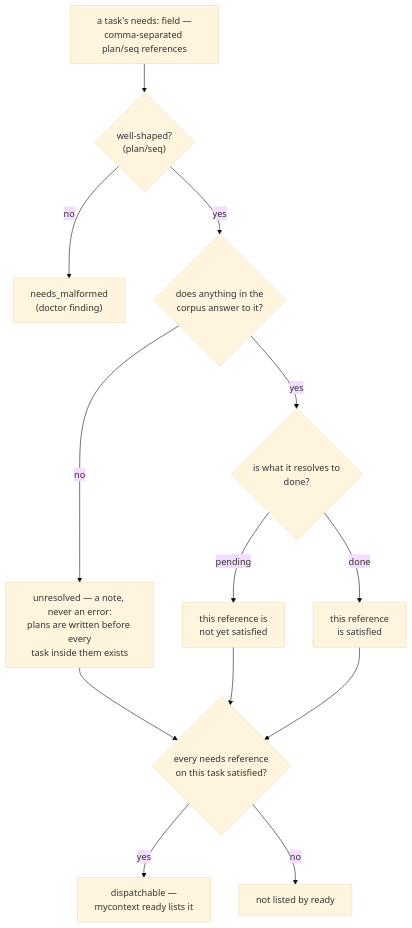
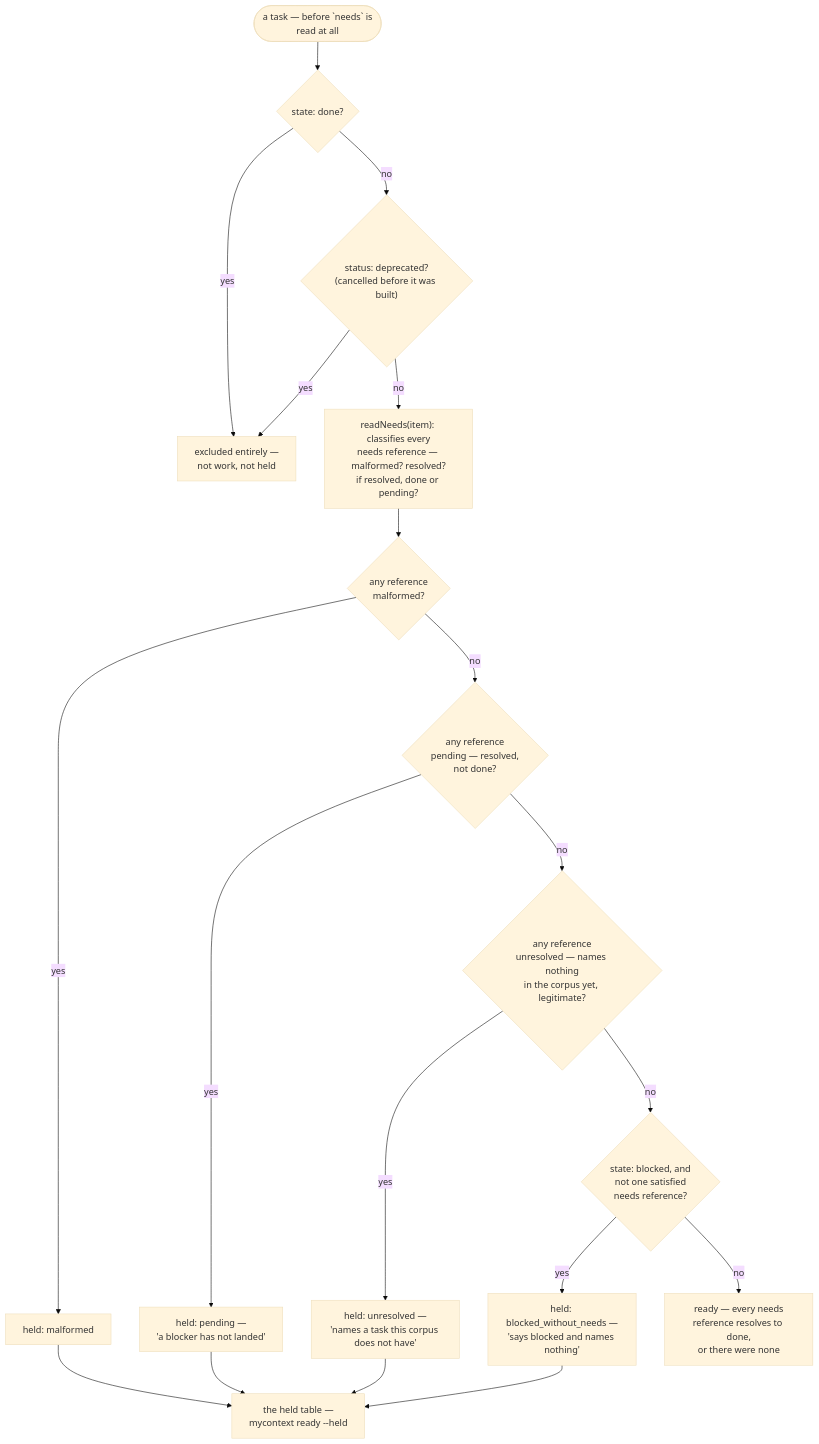
The diagram in docs/capabilities/16-the-board.md (Dudi-Bar-On/my-context), drawn with Mermaid (base theme) before and after one commit. The commit also changed other lines of this file and 24 other files, not shown here.

First line of the commit message:
the fence that had been shipping as a mermaid error box, and twenty-seven claims that were only wrong

````diff
--- a/docs/capabilities/16-the-board.md
+++ b/docs/capabilities/16-the-board.md
@@ -63,15 +63,21 @@
 ```mermaid
 flowchart TD
-  T["a task's needs: field —<br/>comma-separated plan/seq references"] --> SHAPE{"well-shaped?<br/>(plan/seq)"}
-  SHAPE -->|"no"| MALFORMED["needs_malformed<br/>(doctor finding)"]
-  SHAPE -->|"yes"| RESOLVE{"does anything in the<br/>corpus answer to it?"}
-  RESOLVE -->|"no"| NOTE["unresolved — a note, never an error:<br/>plans are written before every<br/>task inside them exists"]
-  RESOLVE -->|"yes"| ISDONE{"is what it resolves to<br/>done?"}
-  ISDONE -->|"pending"| PEND["this reference is<br/>not yet satisfied"]
-  ISDONE -->|"done"| SAT["this reference<br/>is satisfied"]
-  NOTE --> AGG
-  PEND --> AGG
-  SAT --> AGG{"every needs reference<br/>on this task satisfied?"}
-  AGG -->|"yes"| READY["dispatchable —<br/>mycontext ready lists it"]
-  AGG -->|"no"| WAITING["not listed by ready"]
+  START(["a task — before `needs` is<br/>read at all"]) --> DONE{"state: done?"}
+  DONE -->|"yes"| SKIP["excluded entirely —<br/>not work, not held"]
+  DONE -->|"no"| DEP{"status: deprecated?<br/>(cancelled before it was built)"}
+  DEP -->|"yes"| SKIP
+  DEP -->|"no"| READN["readNeeds(item): classifies every<br/>needs reference — malformed? resolved?<br/>if resolved, done or pending?"]
+  READN --> M{"any reference<br/>malformed?"}
+  M -->|"yes"| H1["held: malformed"]
+  M -->|"no"| P{"any reference<br/>pending — resolved,<br/>not done?"}
+  P -->|"yes"| H2["held: pending —<br/>'a blocker has not landed'"]
+  P -->|"no"| U{"any reference<br/>unresolved — names nothing<br/>in the corpus yet, legitimate?"}
+  U -->|"yes"| H3["held: unresolved —<br/>'names a task this corpus does not have'"]
+  U -->|"no"| B{"state: blocked, and<br/>not one satisfied<br/>needs reference?"}
+  B -->|"yes"| H4["held: blocked_without_needs —<br/>'says blocked and names nothing'"]
+  B -->|"no"| READY["ready — every needs<br/>reference resolves to done,<br/>or there were none"]
+  H1 --> WAITING["the held table —<br/>mycontext ready --held"]
+  H2 --> WAITING
+  H3 --> WAITING
+  H4 --> WAITING
 ```
````
